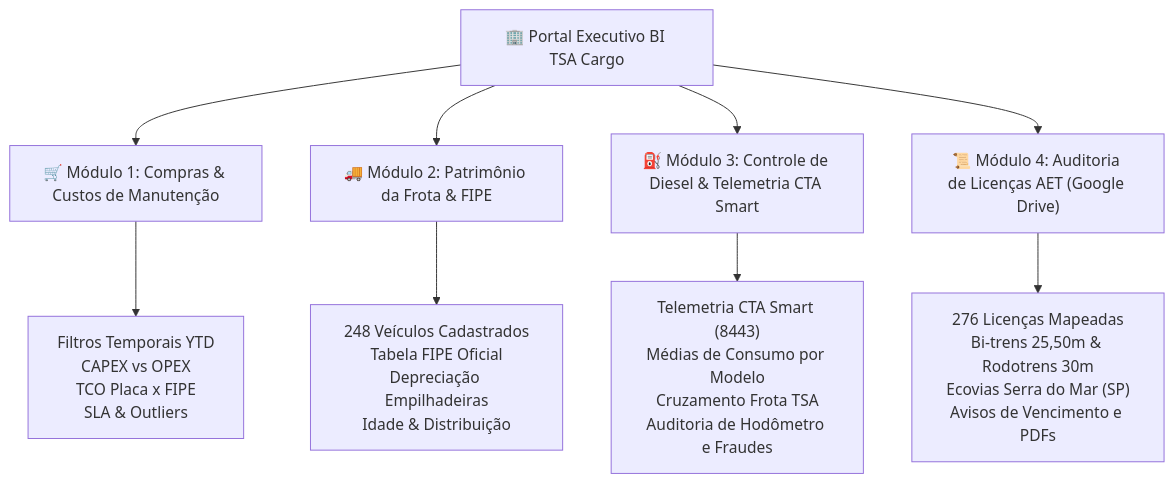
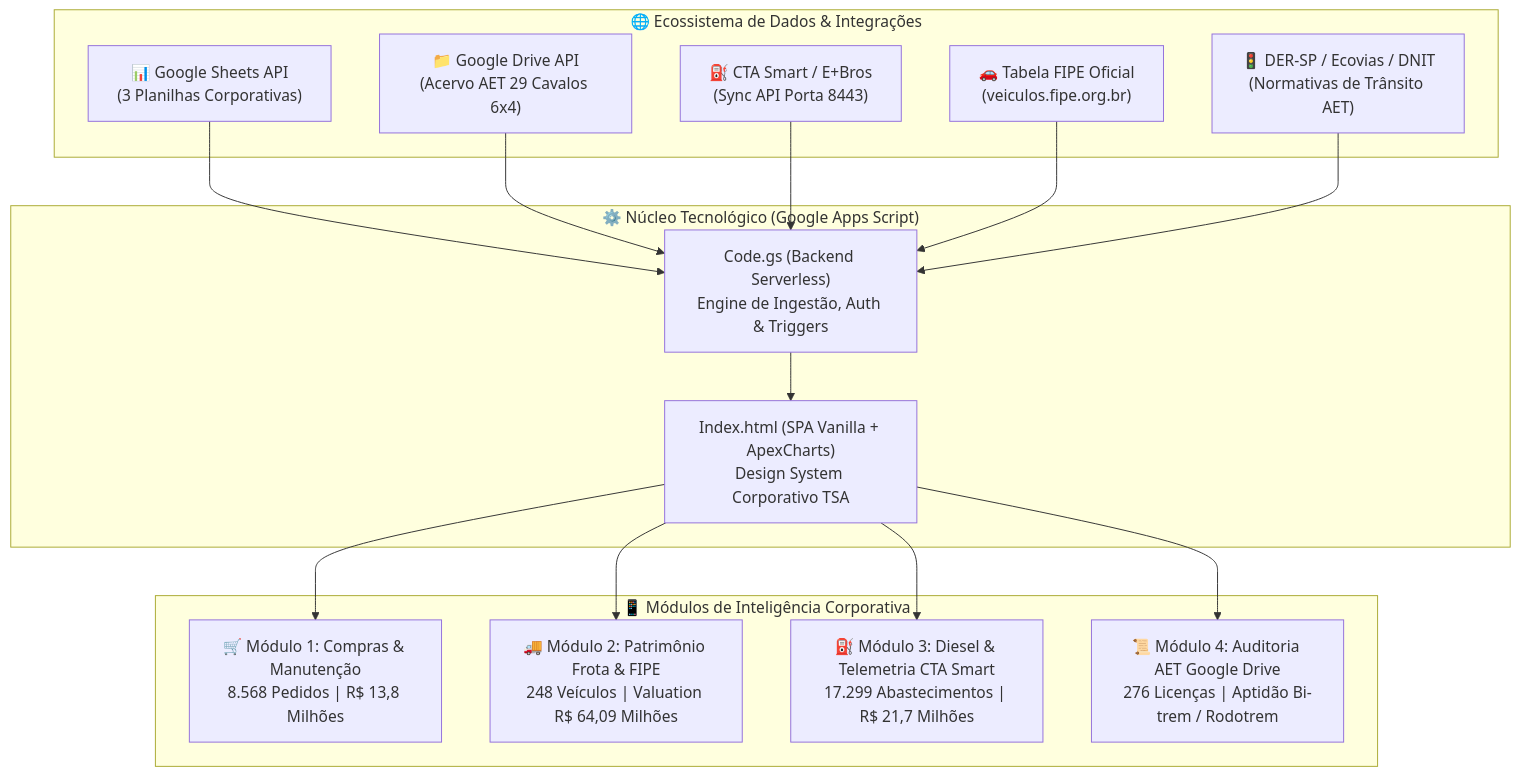
The first of 2 diagrams in README.md (klebercostabarros92-sketch/Portal-Executivo-BI-TSA-Cargo), drawn with Mermaid before and after one commit. The commit also changed other lines of this file and 9 other files, not shown here.

````diff
--- a/README.md
+++ b/README.md
@@ -16,12 +26,33 @@
 ```mermaid
-graph TD
-    A["🏢 Portal Executivo BI TSA Cargo"] --> M1["🛒 Módulo 1: Compras & Custos de Manutenção"]
-    A --> M2["🚚 Módulo 2: Patrimônio da Frota & FIPE"]
-    A --> M3["⛽ Módulo 3: Controle de Diesel & Telemetria CTA Smart"]
-    A --> M4["📜 Módulo 4: Auditoria de Licenças AET (Google Drive)"]
+flowchart TD
+    subgraph Fontes["🌐 Ecossistema de Dados & Integrações"]
+        GSheets["📊 Google Sheets API\n(3 Planilhas Corporativas)"]
+        GDrive["📁 Google Drive API\n(Acervo AET 29 Cavalos 6x4)"]
+        CTASmart["⛽ CTA Smart / E+Bros\n(Sync API Porta 8443)"]
+        FIPE["🚗 Tabela FIPE Oficial\n(veiculos.fipe.org.br)"]
+        Orgaos["🚦 DER-SP / Ecovias / DNIT\n(Normativas de Trânsito AET)"]
+    end
 
-    M1 --> D1["Filtros Temporais YTD\nCAPEX vs OPEX\nTCO Placa x FIPE\nSLA & Outliers"]
-    M2 --> D2["248 Veículos Cadastrados\nTabela FIPE Oficial\nDepreciação Empilhadeiras\nIdade & Distribuição"]
-    M3 --> D3["Telemetria CTA Smart (8443)\nMédias de Consumo por Modelo\nCruzamento Frota TSA\nAuditoria de Hodômetro e Fraudes"]
-    M4 --> D4["276 Licenças Mapeadas\nBi-trens 25,50m & Rodotrens 30m\nEcovias Serra do Mar (SP)\nAvisos de Vencimento e PDFs"]
+    subgraph Core["⚙️ Núcleo Tecnológico (Google Apps Script)"]
+        Backend["Code.gs (Backend Serverless)\nEngine de Ingestão, Auth & Triggers"]
+        Frontend["Index.html (SPA Vanilla + ApexCharts)\nDesign System Corporativo TSA"]
+    end
+
+    subgraph Modulos["📱 Módulos de Inteligência Corporativa"]
+        M1["🛒 Módulo 1: Compras & Manutenção\n8.568 Pedidos | R$ 13,8 Milhões"]
+        M2["🚚 Módulo 2: Patrimônio Frota & FIPE\n248 Veículos | Valuation R$ 64,09 Milhões"]
+        M3["⛽ Módulo 3: Diesel & Telemetria CTA Smart\n17.299 Abastecimentos | R$ 21,7 Milhões"]
+        M4["📜 Módulo 4: Auditoria AET Google Drive\n276 Licenças | Aptidão Bi-trem / Rodotrem"]
+    end
+
+    GSheets --> Backend
+    GDrive --> Backend
+    CTASmart --> Backend
+    FIPE --> Backend
+    Orgaos --> Backend
+    Backend --> Frontend
+    Frontend --> M1
+    Frontend --> M2
+    Frontend --> M3
+    Frontend --> M4
 ```
````
